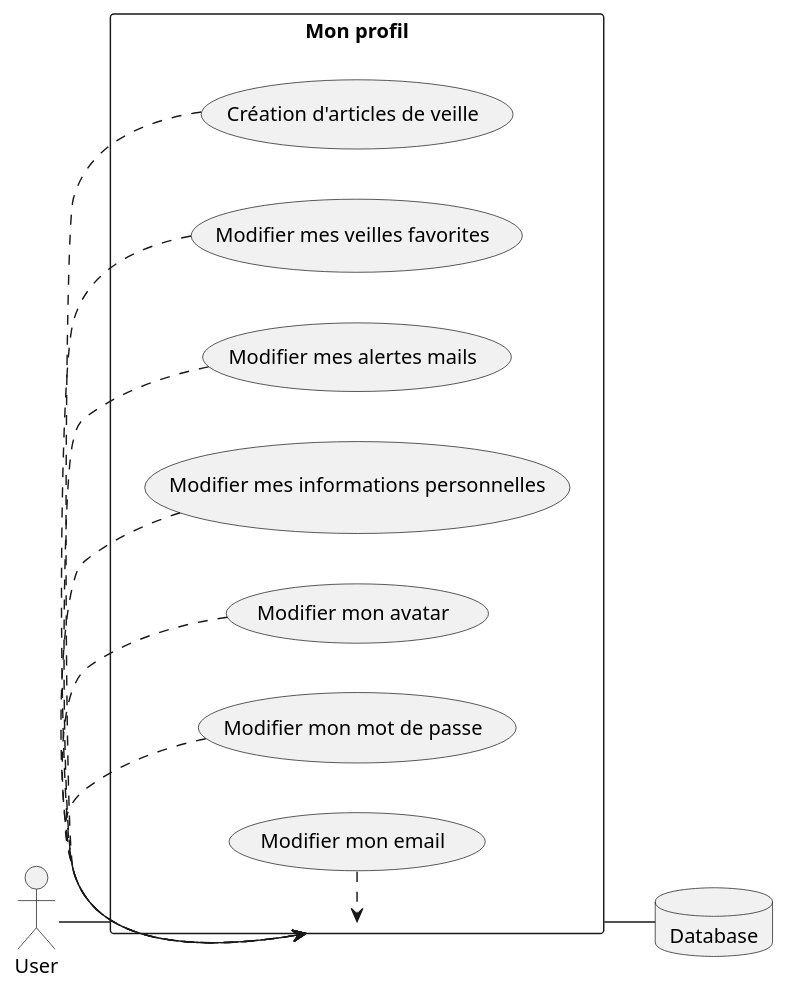
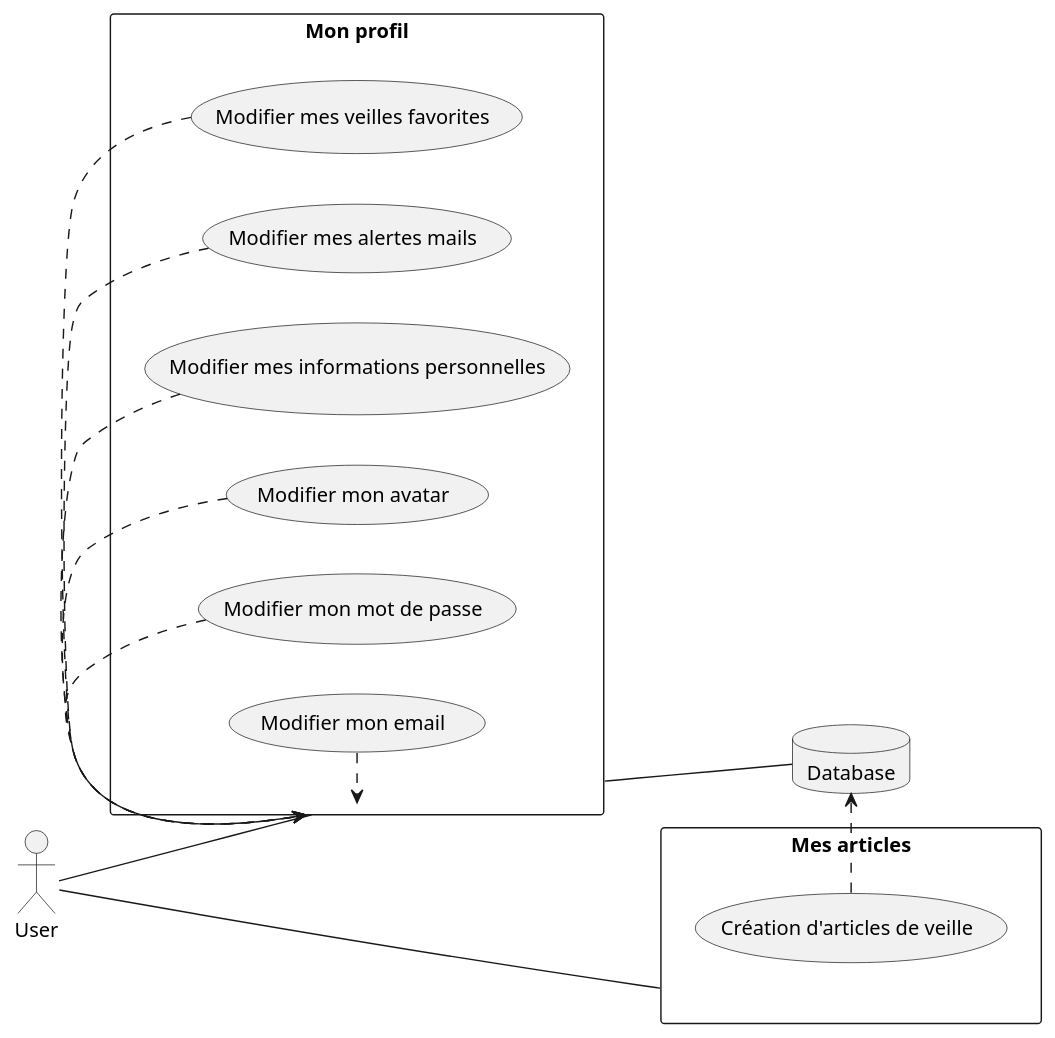
The diagram in docs/uml/use-cases/contributeur-profil.puml (SylvainGUERRIN/front2back), drawn with PlantUML before and after one commit. The commit also changed 5 other files, not shown here.

```diff
--- a/docs/uml/use-cases/contributeur-profil.puml
+++ b/docs/uml/use-cases/contributeur-profil.puml
@@ -1,18 +1,23 @@
 @startuml
 left to right direction
 skinparam packageStyle rectangle
 actor User
 database Database
 
 rectangle "Mon profil" {
     User -- (Mon profil)
-    (Création d'articles de veille) .> (Mon profil)
+
     (Modifier mes veilles favorites) .> (Mon profil)
     (Modifier mes alertes mails) .> (Mon profil)
     (Modifier mes informations personnelles) .> (Mon profil)
     (Modifier mon avatar) .> (Mon profil)
     (Modifier mon mot de passe) .> (Mon profil)
     (Modifier mon email) .> (Mon profil)
     (Mon profil) -- Database
 }
+
+rectangle "Mes articles" {
+    User -- (Mes articles)
+    (Création d'articles de veille) .> (Database)
+}
 @enduml
```
